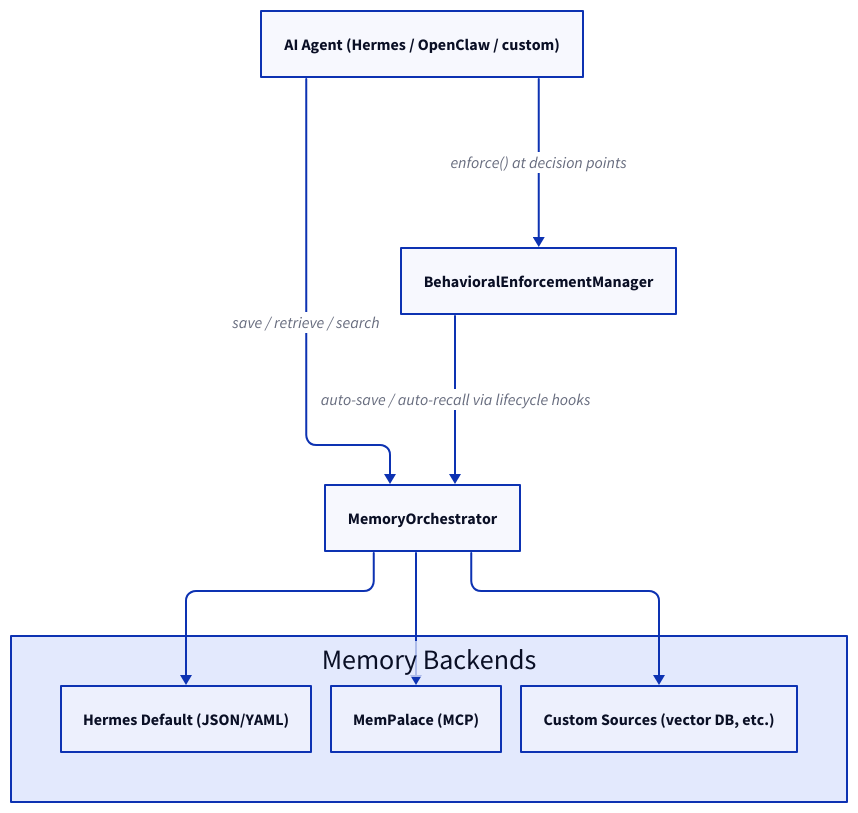
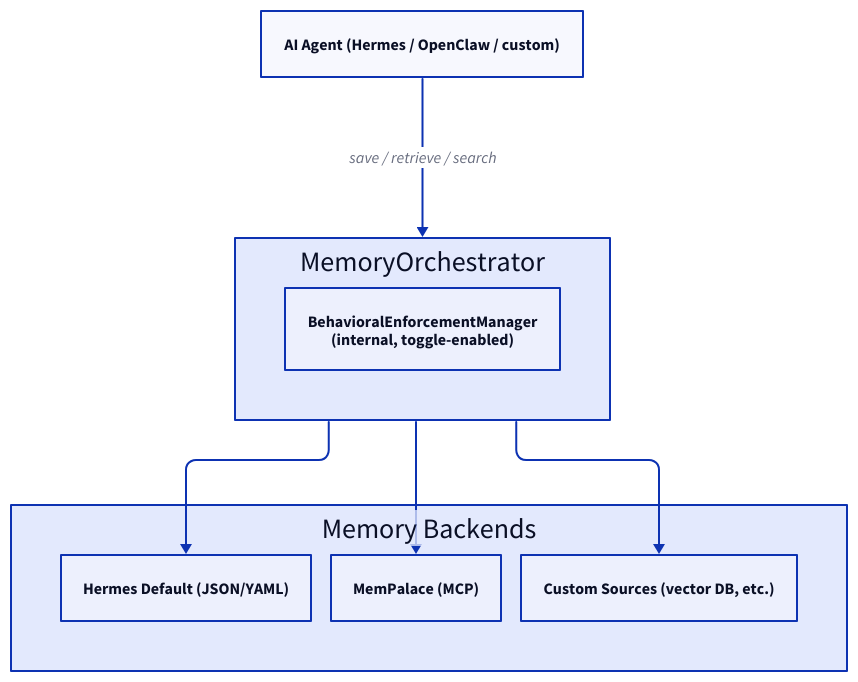
One commit to BuboTheWise/MemChorus changed the diagram in diagrams/architecture.d2. Above: the diagram before and after it, drawn with D2. The commit also changed 3 other files, not shown here.

Commit message:
docs: show BEM as internal submodule of orchestrator; fix retrieve path container parity

```diff
--- a/diagrams/architecture.d2
+++ b/diagrams/architecture.d2
@@ -1,26 +1,22 @@
 vars: {
   d2-config: {
     layout-engine: elk
   }
 }
 
 direction: down
 
 AI Agent (Hermes / OpenClaw / custom)
 
-MemoryOrchestrator
-
-BehavioralEnforcementManager
+MemoryOrchestrator._bem: "BehavioralEnforcementManager\n(internal, toggle-enabled)"
 
 backends: Memory Backends {
   "Hermes Default (JSON/YAML)"
   "MemPalace (MCP)"
   "Custom Sources (vector DB, etc.)"
 }
 
 AI Agent* -> MemoryOrchestrator: save / retrieve / search
-AI Agent* -> BehavioralEnforcementManager: enforce() at decision points
-BehavioralEnforcementManager -> MemoryOrchestrator: auto-save / auto-recall via lifecycle hooks
 MemoryOrchestrator -> backends."Hermes Default (JSON/YAML)"
 MemoryOrchestrator -> backends."MemPalace (MCP)"
 MemoryOrchestrator -> backends."Custom Sources (vector DB, etc.)"
```
